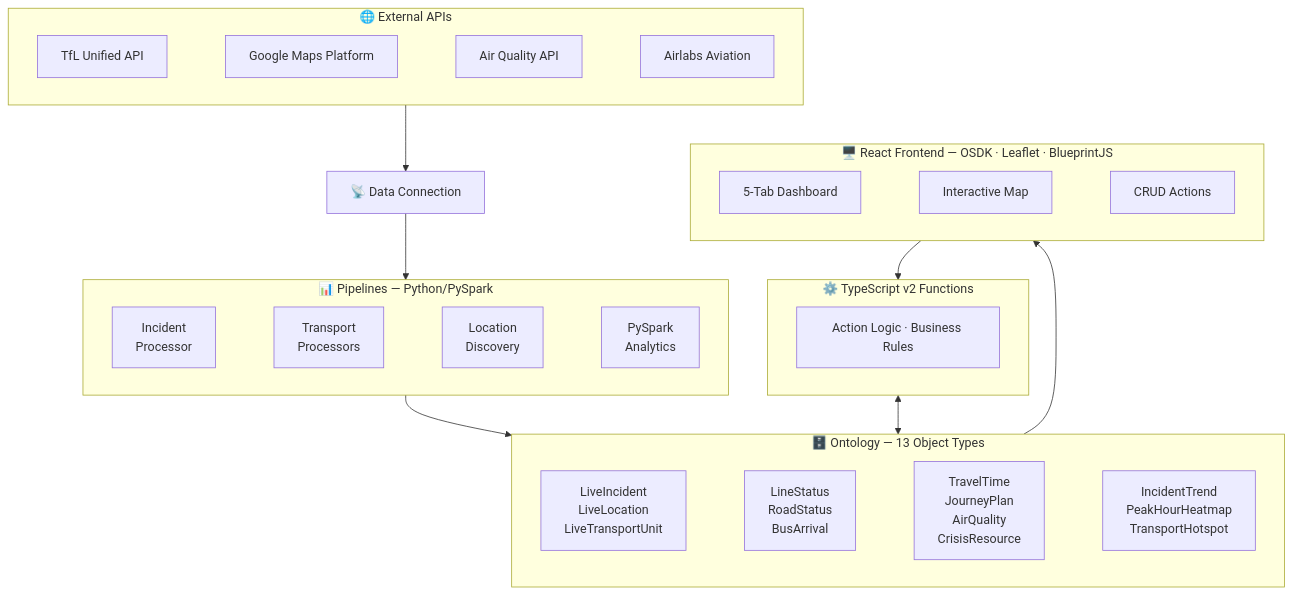
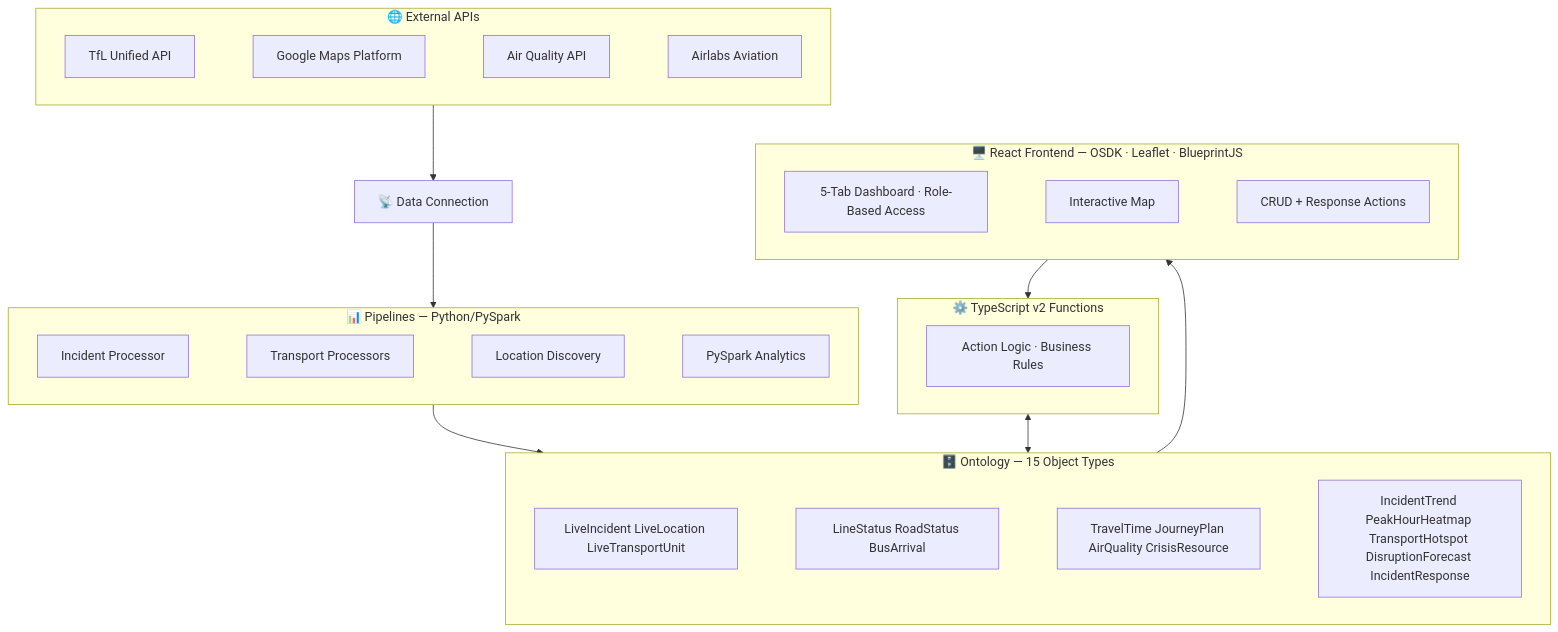
One commit to alpatamerr/crisis-logistics-command-system changed the diagram in README.md. Above: the diagram before and after it, drawn with Mermaid. The commit also changed other lines of this file, not shown here.

````diff
--- a/README.md
+++ b/README.md
@@ -28,35 +27,35 @@
 ```mermaid
 flowchart TB
     subgraph APIs["🌐 External APIs"]
         direction LR
         TfL["TfL Unified API"] ~~~ Google["Google Maps Platform"] ~~~ AQ["Air Quality API"] ~~~ AL["Airlabs Aviation"]
     end
 
     DC["📡 Data Connection"]
 
     subgraph Pipelines["📊 Pipelines — Python/PySpark"]
         direction LR
-        P1["Incident\nProcessor"] ~~~ P2["Transport\nProcessors"] ~~~ P3["Location\nDiscovery"] ~~~ P4["PySpark\nAnalytics"]
+        P1["Incident Processor"] ~~~ P2["Transport Processors"] ~~~ P3["Location Discovery"] ~~~ P4["PySpark Analytics"]
     end
 
-    subgraph Ontology["🗄️ Ontology — 13 Object Types"]
+    subgraph Ontology["🗄️ Ontology — 15 Object Types"]
         direction LR
-        O1["LiveIncident\nLiveLocation\nLiveTransportUnit"] ~~~ O2["LineStatus\nRoadStatus\nBusArrival"] ~~~ O3["TravelTime\nJourneyPlan\nAirQuality\nCrisisResource"] ~~~ O4["IncidentTrend\nPeakHourHeatmap\nTransportHotspot"]
+        O1["LiveIncident LiveLocation LiveTransportUnit"] ~~~ O2["LineStatus RoadStatus BusArrival"] ~~~ O3["TravelTime JourneyPlan AirQuality CrisisResource"] ~~~ O4["IncidentTrend PeakHourHeatmap TransportHotspot DisruptionForecast IncidentResponse"]
     end
 
     subgraph Functions["⚙️ TypeScript v2 Functions"]
         F1["Action Logic · Business Rules"]
     end
 
     subgraph App["🖥️ React Frontend — OSDK · Leaflet · BlueprintJS"]
         direction LR
-        UI["5-Tab Dashboard"] ~~~ Map["Interactive Map"] ~~~ Actions["CRUD Actions"]
+        UI["5-Tab Dashboard · Role-Based Access"] ~~~ Map["Interactive Map"] ~~~ Actions["CRUD + Response Actions"]
     end
 
     APIs --> DC
     DC --> Pipelines
     Pipelines --> Ontology
     Ontology --> App
     Functions <--> Ontology
     Actions --> Functions
 ```
````
